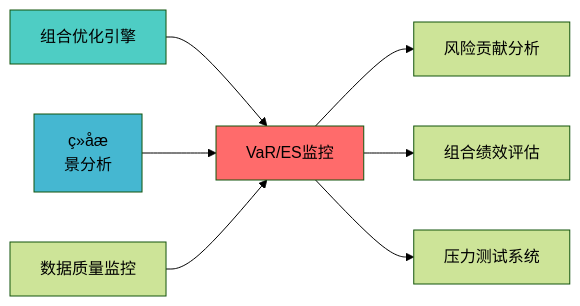
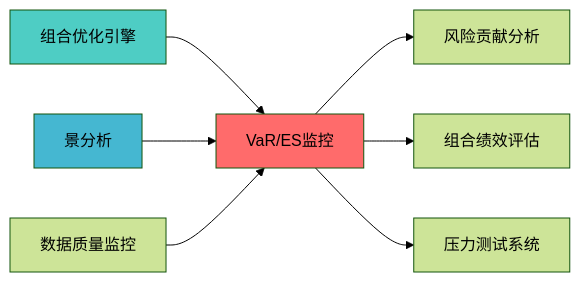
The first of 2 diagrams in docs/05_IMPLEMENTATION/06_CONSTRUCTION_DOCS/01_BLUEPRINTS/VAR_ES_MONITORING_BLUEPRINT.md (xuanFelixVan/ZephyrAlpha), drawn with Mermaid (forest theme) before and after one commit. The commit also changed other lines of this file and 587 other files, not shown here.

````diff
--- a/docs/05_IMPLEMENTATION/06_CONSTRUCTION_DOCS/01_BLUEPRINTS/VAR_ES_MONITORING_BLUEPRINT.md
+++ b/docs/05_IMPLEMENTATION/06_CONSTRUCTION_DOCS/01_BLUEPRINTS/VAR_ES_MONITORING_BLUEPRINT.md
@@ -129,15 +128,15 @@
 ```mermaid
 graph LR
     A[组合优化引擎] --> B[VaR/ES监控]
-    C[ç»åæ
+C[
 景分析] --> B
     D[数据质量监控] --> B
     
     B --> E[风险贡献分析]
     B --> F[组合绩效评估]
     B --> G[压力测试系统]
     
     style B fill:#ff6b6b
     style A fill:#4ecdc4
     style C fill:#45b7d1
 ```
````
